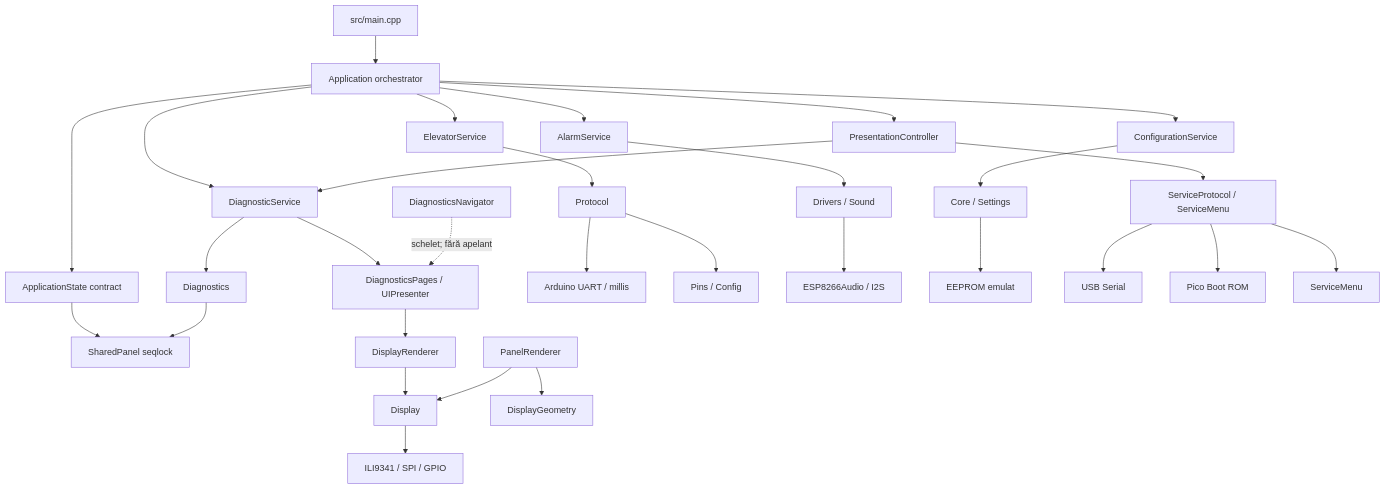
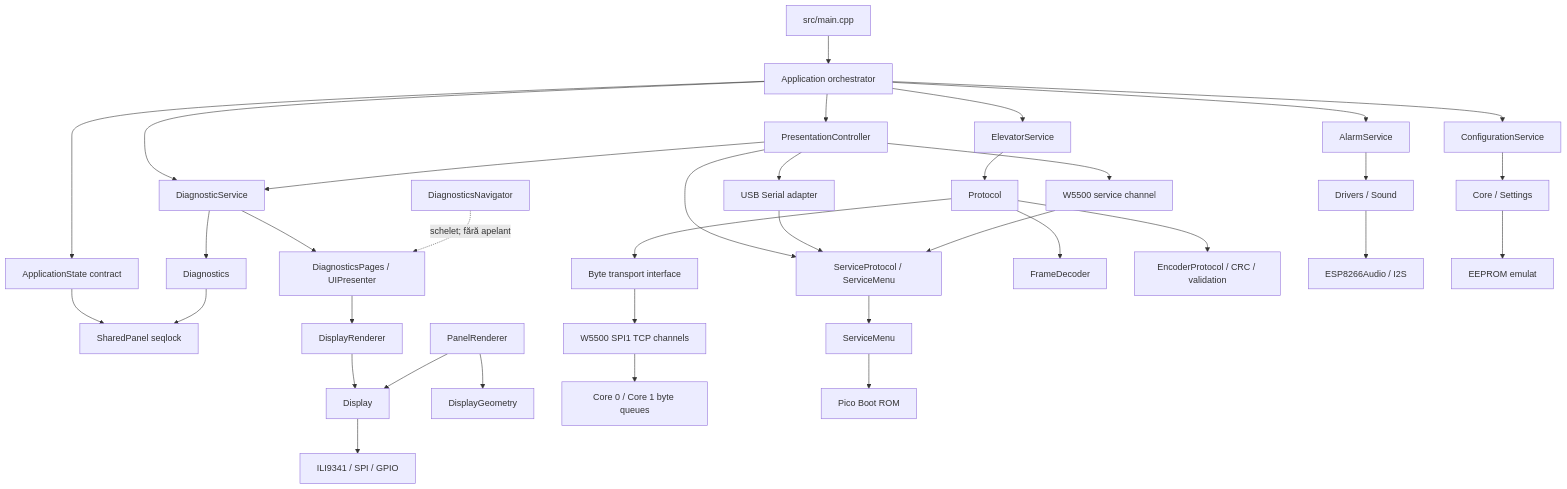
One commit to florin332/Panou-lift changed the diagram in panou_cabina/audit.md. Above: the diagram before and after it, drawn with Mermaid. The commit also changed other lines of this file and 17 other files, not shown here.

````diff
--- a/panou_cabina/audit.md
+++ b/panou_cabina/audit.md
@@ -40,34 +40,40 @@
 ```mermaid
 flowchart TD
     Main[src/main.cpp] --> App[Application orchestrator]
     App --> Config[ConfigurationService]
     App --> Elevator[ElevatorService]
     App --> Alarm[AlarmService]
     App --> DiagService[DiagnosticService]
     App --> Controller[PresentationController]
     App --> State[ApplicationState contract]
     State --> SharedPanel[SharedPanel seqlock]
 
     Controller --> ServiceProtocol[ServiceProtocol / ServiceMenu]
     Controller --> DiagService
     DiagService --> Diagnostics[Diagnostics]
     Diagnostics --> SharedPanel
     DiagService --> PageBuilder[DiagnosticsPages / UIPresenter]
     PageBuilder --> DisplayRenderer[DisplayRenderer]
     DisplayRenderer --> Display
     PanelRenderer[PanelRenderer] --> DisplayGeometry[DisplayGeometry]
     PanelRenderer --> Display
 
     Elevator --> Protocol[Protocol]
-    Protocol --> Arduino[Arduino UART / millis]
-    Protocol --> HardwareConfig[Pins / Config]
+    Protocol --> Transport[Byte transport interface]
+    Protocol --> Decoder[FrameDecoder]
+    Protocol --> EncoderWire[EncoderProtocol / CRC / validation]
+    Transport --> W5500[W5500 SPI1 TCP channels]
+    W5500 --> CoreQueues[Core 0 / Core 1 byte queues]
     Alarm --> Sound[Drivers / Sound]
     Sound --> I2S[ESP8266Audio / I2S]
     Config --> Settings[Settings / EEPROM]
     Settings[Core / Settings] --> EEPROM[EEPROM emulat]
-    ServiceProtocol --> USB[USB Serial]
-    ServiceProtocol --> Pico[Pico Boot ROM]
+    Controller --> USB[USB Serial adapter]
+    Controller --> ServiceTCP[W5500 service channel]
+    USB --> ServiceProtocol
+    ServiceTCP --> ServiceProtocol
+    ServiceMenu --> Pico[Pico Boot ROM]
     ServiceProtocol --> ServiceMenu
     Display --> TFT[ILI9341 / SPI / GPIO]
     Navigator[DiagnosticsNavigator] -. schelet; fără apelant .-> PageBuilder
 ```
````
